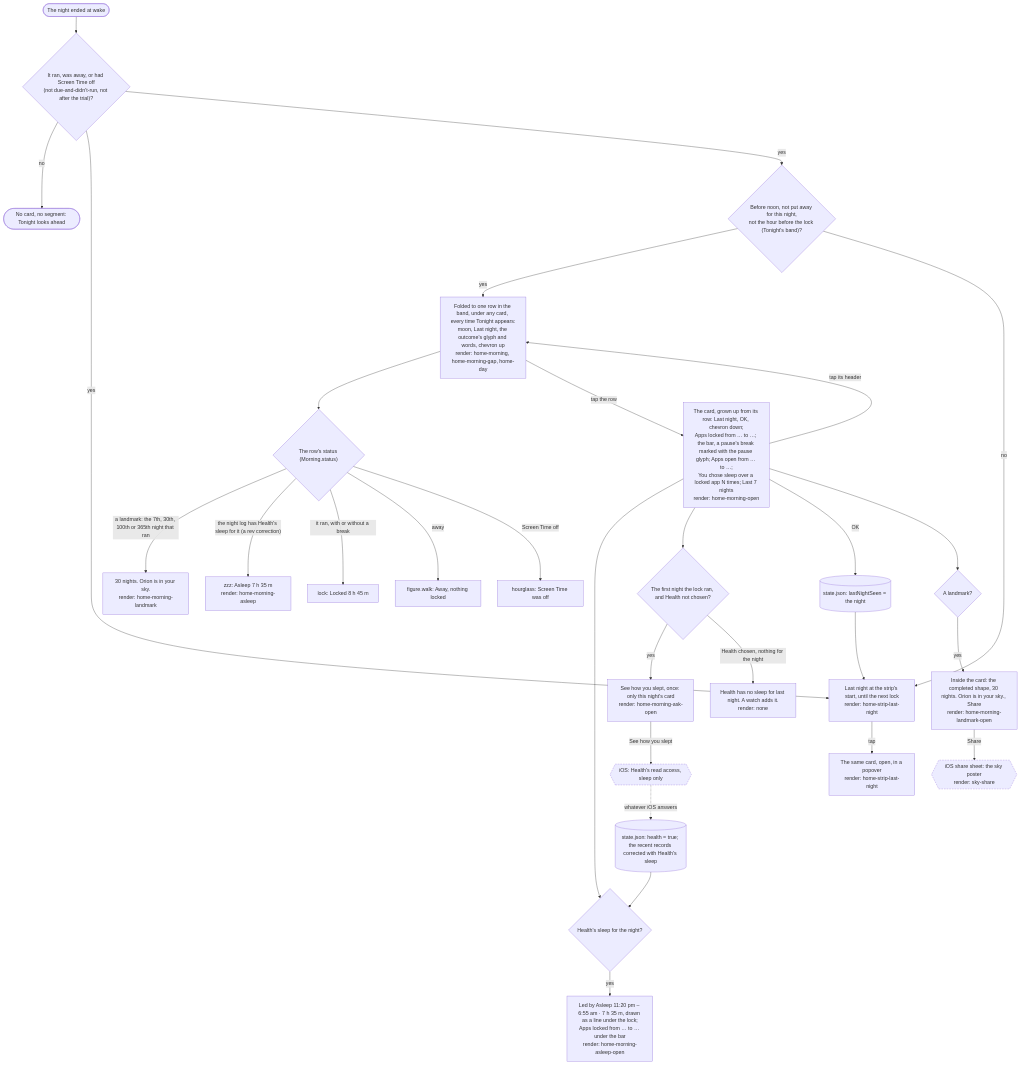
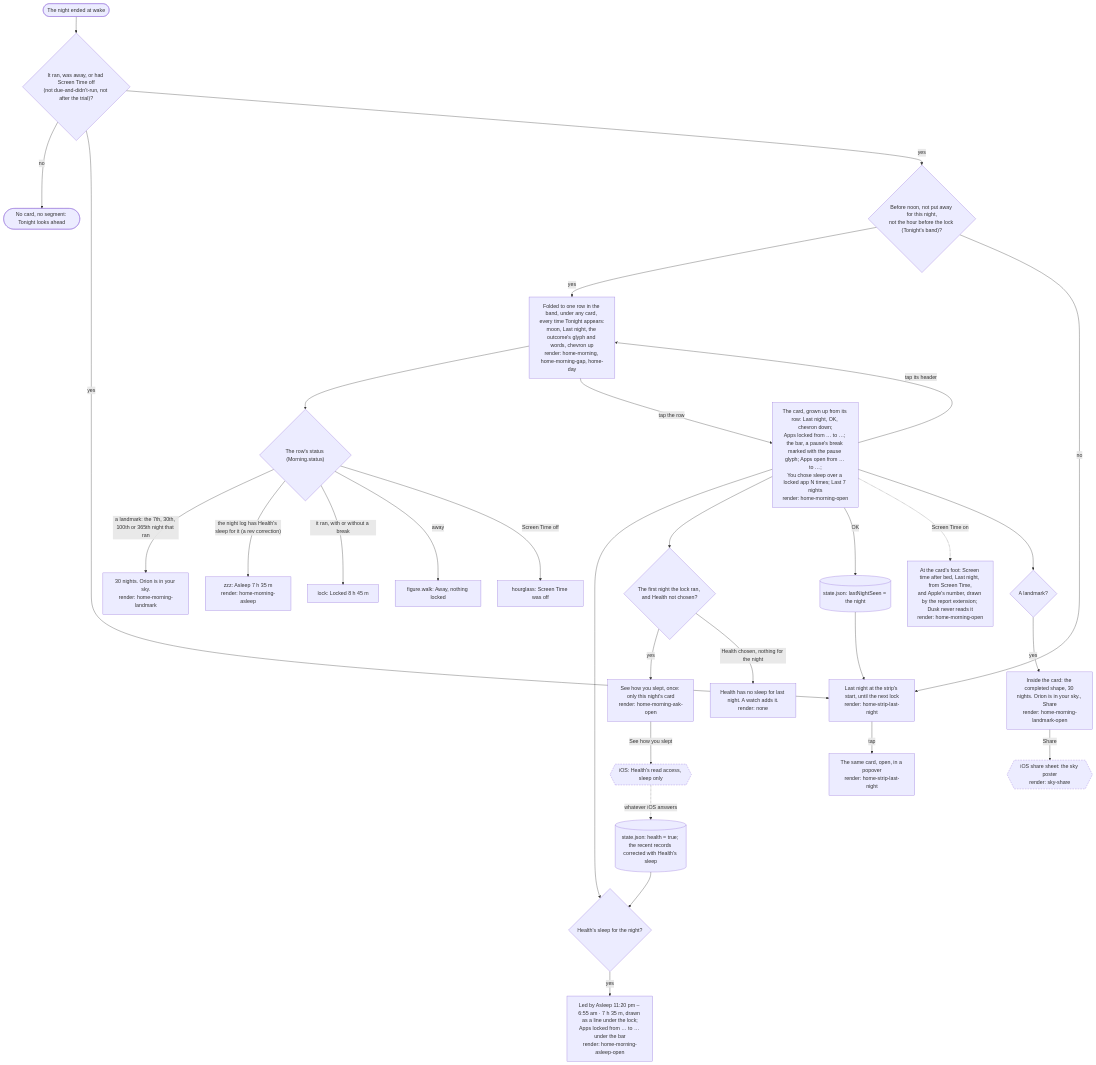
Before and after one commit to adit-rah/toll: the second of 6 diagrams in docs/flows/tonight.md, drawn with Mermaid. The commit also changed 3 other files, not shown here.

First line of the commit message:
Screen time after bed under Your sleep's measures, before the week (#65, D104)

````diff
--- a/docs/flows/tonight.md
+++ b/docs/flows/tonight.md
@@ -49,34 +49,35 @@
 ```mermaid
 flowchart TD
   ended(["The night ended at wake"]) --> facts{"It ran, was away, or had Screen Time off<br/>(not due-and-didn't-run, not after the trial)?"}
   facts -->|"no"| none(["No card, no segment: Tonight looks ahead"])
   facts -->|"yes"| strip["Last night at the strip's start, until the next lock<br/>render: home-strip-last-night"]
   facts -->|"yes"| morningCheck{"Before noon, not put away for this night,<br/>not the hour before the lock (Tonight's band)?"}
   morningCheck -->|"yes"| row["Folded to one row in the band, under any card, every time Tonight appears:<br/>moon, Last night, the outcome's glyph and words, chevron up<br/>render: home-morning, home-morning-gap, home-day"]
   morningCheck -->|"no"| strip
   row --> status{"The row's status (Morning.status)"}
   status -->|"a landmark: the 7th, 30th, 100th or 365th night that ran"| statusLandmark["30 nights. Orion is in your sky.<br/>render: home-morning-landmark"]
   status -->|"the night log has Health's sleep for it (a rev correction)"| statusAsleep["zzz: Asleep 7 h 35 m<br/>render: home-morning-asleep"]
   status -->|"it ran, with or without a break"| statusRan["lock: Locked 8 h 45 m"]
   status -->|"away"| statusAway["figure.walk: Away, nothing locked"]
   status -->|"Screen Time off"| statusOff["hourglass: Screen Time was off"]
   row -->|"tap the row"| card["The card, grown up from its row: Last night, OK, chevron down;<br/>Apps locked from … to …; the bar, a pause's break marked with the pause glyph; Apps open from … to …;<br/>You chose sleep over a locked app N times; Last 7 nights<br/>render: home-morning-open"]
   card -->|"tap its header"| row
   card --> sleepCheck{"Health's sleep for the night?"}
   sleepCheck -->|"yes"| asleepCard["Led by Asleep 11:20 pm – 6:55 am · 7 h 35 m, drawn as a line under the lock;<br/>Apps locked from … to … under the bar<br/>render: home-morning-asleep-open"]
   card --> firstCheck{"The first night the lock ran, and Health not chosen?"}
   firstCheck -->|"yes"| askHealth["See how you slept, once: only this night's card<br/>render: home-morning-ask-open"]
   askHealth -->|"See how you slept"| healthSheet{{"iOS: Health's read access, sleep only"}}
   healthSheet -.->|"whatever iOS answers"| chosen[("state.json: health = true; the recent records corrected with Health's sleep")]
   chosen --> sleepCheck
   firstCheck -->|"Health chosen, nothing for the night"| healthEmpty["Health has no sleep for last night. A watch adds it.<br/>render: none"]
   card -->|"OK"| seen[("state.json: lastNightSeen = the night")]
   seen --> strip
   strip -->|"tap"| popover["The same card, open, in a popover<br/>render: home-strip-last-night"]
+  card -.->|"Screen Time on"| afterBed["At the card's foot: Screen time after bed, Last night, from Screen Time,<br/>and Apple's number, drawn by the report extension; Dusk never reads it<br/>render: home-morning-open"]
   card --> landmark{"A landmark?"}
   landmark -->|"yes"| landmarkLine["Inside the card: the completed shape, 30 nights. Orion is in your sky., Share<br/>render: home-morning-landmark-open"]
   landmarkLine -->|"Share"| share{{"iOS share sheet: the sky poster<br/>render: sky-share"}}
 
   classDef system stroke-dasharray: 5 3
   class share,healthSheet system
 ```
````
